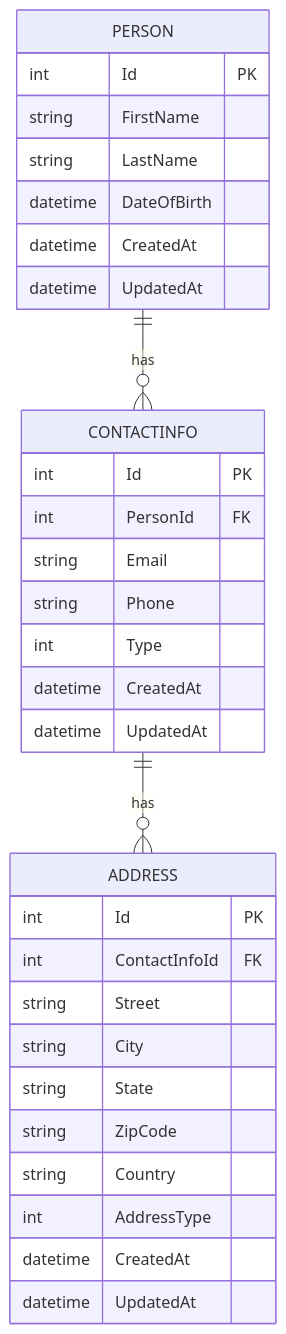
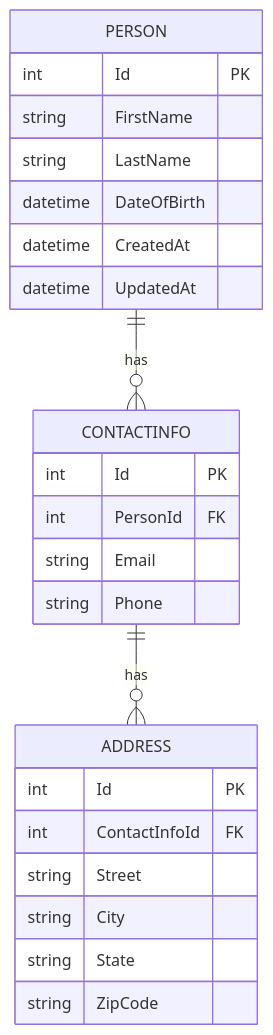
The fifth of 15 diagrams in ARCHITECTURE_DIAGRAMS.md (WholeBit-Solutions/distributed-workflow), drawn with Mermaid before and after one commit. The commit also changed other lines of this file and 1 other file, not shown here.

````diff
--- a/ARCHITECTURE_DIAGRAMS.md
+++ b/ARCHITECTURE_DIAGRAMS.md
@@ -297,37 +297,30 @@
 ```mermaid
 erDiagram
     PERSON ||--o{ CONTACTINFO : has
     CONTACTINFO ||--o{ ADDRESS : has
 
     PERSON {
         int Id PK
         string FirstName
         string LastName
         datetime DateOfBirth
         datetime CreatedAt
         datetime UpdatedAt
     }
 
     CONTACTINFO {
         int Id PK
         int PersonId FK
         string Email
         string Phone
-        int Type
-        datetime CreatedAt
-        datetime UpdatedAt
     }
 
     ADDRESS {
         int Id PK
         int ContactInfoId FK
         string Street
         string City
         string State
         string ZipCode
-        string Country
-        int AddressType
-        datetime CreatedAt
-        datetime UpdatedAt
     }
 ```
````
